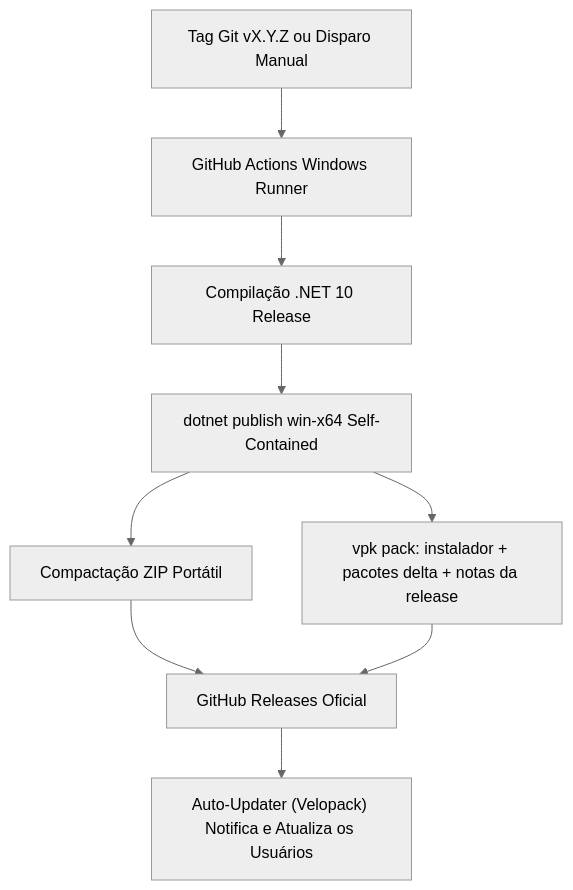
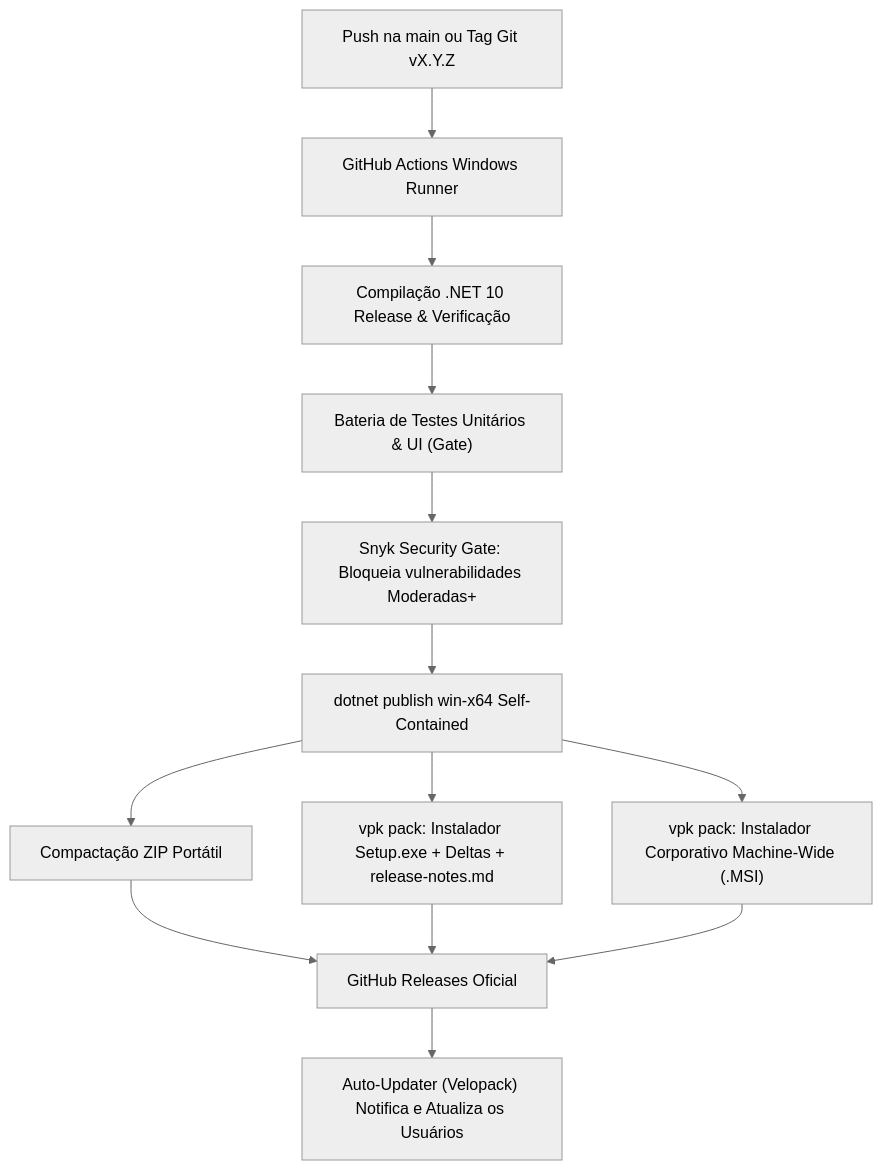
One commit to Gabriel-Freitas-S/CGPDI.StudyLab changed the diagram in docs/src/content/docs/deploy/github-pages-e-ci-cd.md. Above: the diagram before and after it, drawn with Mermaid (neutral theme). The commit also changed other lines of this file and 11 other files, not shown here.

Commit message:
feat: add CI/CD pipelines, documentation site, and project graph generation utility

````diff
--- a/docs/src/content/docs/deploy/github-pages-e-ci-cd.md
+++ b/docs/src/content/docs/deploy/github-pages-e-ci-cd.md
@@ -17,11 +19,15 @@
 ```mermaid
 graph TD
-    A["Tag Git vX.Y.Z ou Disparo Manual"] --> B["GitHub Actions Windows Runner"]
-    B --> C["Compilação .NET 10 Release"]
-    C --> D["dotnet publish win-x64 Self-Contained"]
-    D --> E["Compactação ZIP Portátil"]
-    D --> F["vpk pack: instalador + pacotes delta + notas da release"]
-    E --> G["GitHub Releases Oficial"]
-    F --> G
-    G --> H["Auto-Updater (Velopack) Notifica e Atualiza os Usuários"]
+    A["Push na main ou Tag Git vX.Y.Z"] --> B["GitHub Actions Windows Runner"]
+    B --> C["Compilação .NET 10 Release & Verificação"]
+    C --> D["Bateria de Testes Unitários & UI (Gate)"]
+    D --> E["Snyk Security Gate: Bloqueia vulnerabilidades Moderadas+"]
+    E --> F["dotnet publish win-x64 Self-Contained"]
+    F --> G["Compactação ZIP Portátil"]
+    F --> H["vpk pack: Instalador Setup.exe + Deltas + release-notes.md"]
+    F --> I["vpk pack: Instalador Corporativo Machine-Wide (.MSI)"]
+    G --> J["GitHub Releases Oficial"]
+    H --> J
+    I --> J
+    J --> K["Auto-Updater (Velopack) Notifica e Atualiza os Usuários"]
 ```
````
